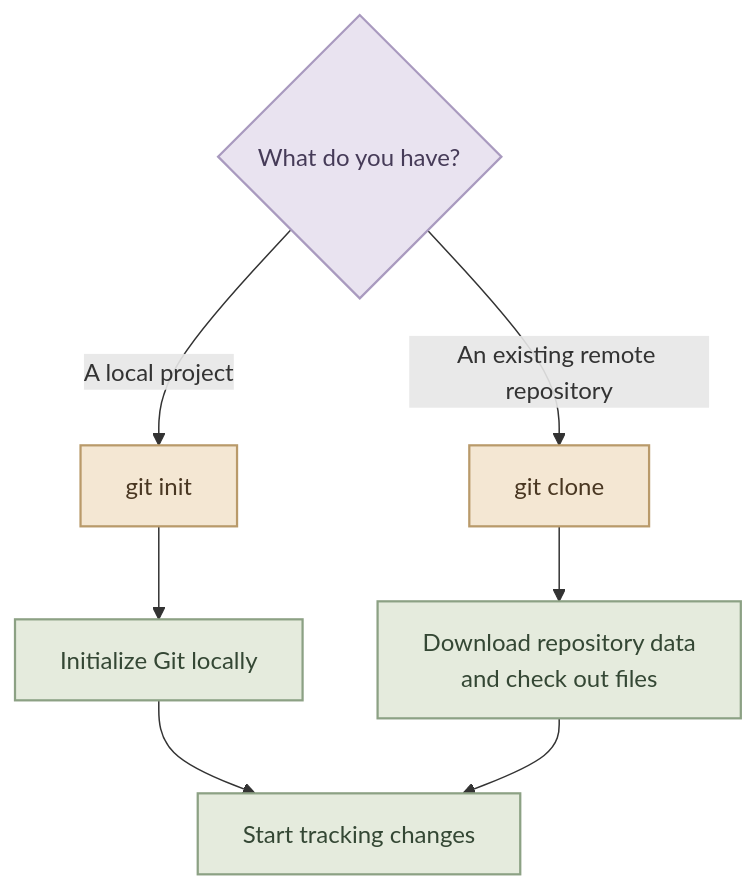
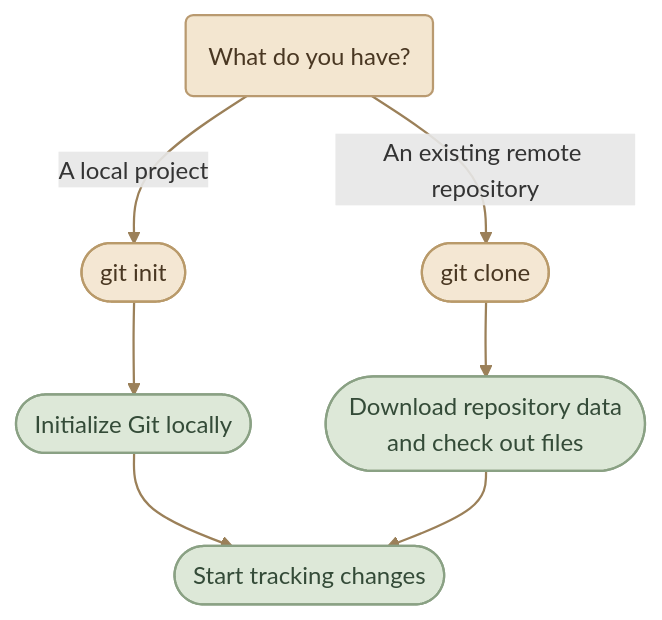
One commit to mustafammasoud/ops-handbook changed the second of 2 diagrams in content/version-control/Git and GitHub/git-setup-and-configuration.mdx. Above: the diagram before and after it, drawn with Mermaid. The commit also changed other lines of this file and 17 other files, not shown here.

````diff
--- a/content/version-control/Git and GitHub/git-setup-and-configuration.mdx
+++ b/content/version-control/Git and GitHub/git-setup-and-configuration.mdx
@@ -440,20 +447,22 @@
 ```mermaid id="git-init-vs-clone"
 flowchart TD
-    Q{"What do you have?"}
-    Q -->|"A local project"| I["git init"]
-    Q -->|"An existing remote repository"| C["git clone"]
+    Q("What do you have?")
+    Q -->|"A local project"| I(["git init"])
+    Q -->|"An existing remote repository"| C(["git clone"])
 
-    I --> A["Initialize Git locally"]
-    C --> B["Download repository data<br/>and check out files"]
+    I --> A(["Initialize Git locally"])
+    C --> B(["Download repository data<br/>and check out files"])
 
-    A --> N["Start tracking changes"]
+    A --> N(["Start tracking changes"])
     B --> N
 
-    classDef question fill:#E9E3F0,stroke:#A99ABF,color:#463B58,stroke-width:1.5px
+    classDef question fill:#F3E6D0,stroke:#B99A70,color:#493722,stroke-width:1.5px
     classDef command fill:#F4E7D3,stroke:#B99A6A,color:#493722,stroke-width:1.5px
-    classDef result fill:#E5EBDD,stroke:#8CA184,color:#344734,stroke-width:1.5px
+    classDef result fill:#DDE8D8,stroke:#8AA184,color:#344B38,stroke-width:1.5px
 
     class Q question
     class I,C command
     class A,B,N result
+
+    linkStyle default stroke:#9B8059,stroke-width:1.5px
 ```
````
